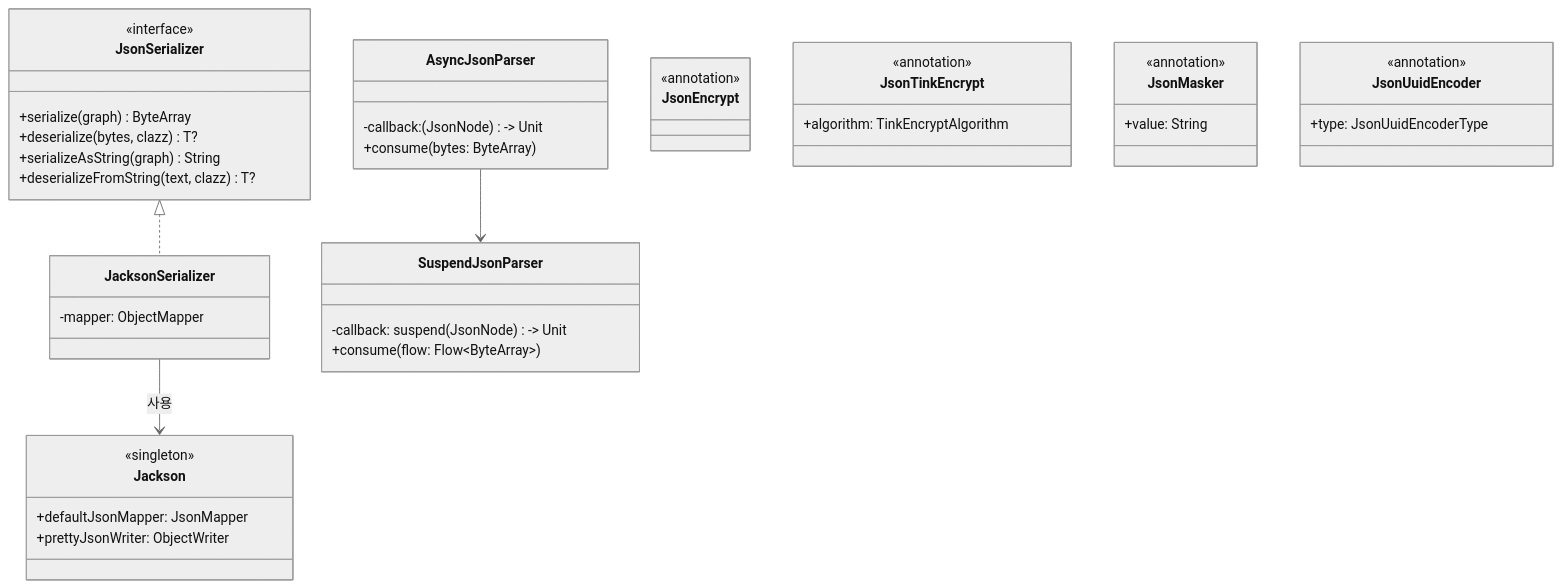
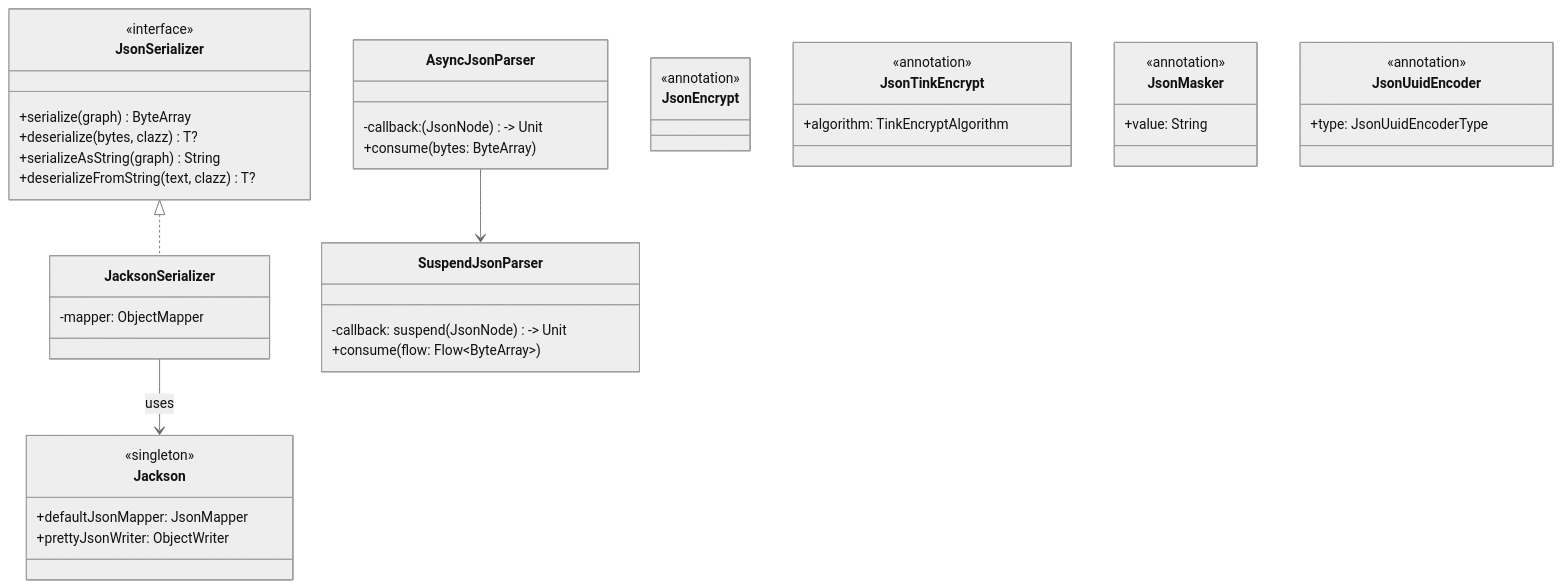
Before and after one commit to bluetape4k/bluetape4k-projects: the first of 3 diagrams in io/jackson2/README.md, drawn with Mermaid (neutral theme). The commit also changed other lines of this file and 265 other files, not shown here.

````diff
--- a/io/jackson2/README.md
+++ b/io/jackson2/README.md
@@ -295,54 +297,54 @@
 ```mermaid
 classDiagram
     class JsonSerializer {
         <<interface>>
         +serialize(graph) ByteArray
         +deserialize(bytes, clazz) T?
         +serializeAsString(graph) String
         +deserializeFromString(text, clazz) T?
     }
 
     class JacksonSerializer {
         -mapper: ObjectMapper
     }
 
     class Jackson {
         <<singleton>>
         +defaultJsonMapper: JsonMapper
         +prettyJsonWriter: ObjectWriter
     }
 
     class AsyncJsonParser {
         -callback: (JsonNode) -> Unit
         +consume(bytes: ByteArray)
     }
 
     class SuspendJsonParser {
         -callback: suspend (JsonNode) -> Unit
         +consume(flow: Flow~ByteArray~)
     }
 
     class JsonEncrypt {
         <<annotation>>
     }
 
     class JsonTinkEncrypt {
         <<annotation>>
         +algorithm: TinkEncryptAlgorithm
     }
 
     class JsonMasker {
         <<annotation>>
         +value: String
     }
 
     class JsonUuidEncoder {
         <<annotation>>
         +type: JsonUuidEncoderType
     }
 
     JsonSerializer <|.. JacksonSerializer
-    JacksonSerializer --> Jackson : 사용
+    JacksonSerializer --> Jackson : uses
     AsyncJsonParser --> SuspendJsonParser
 
 ```
````
